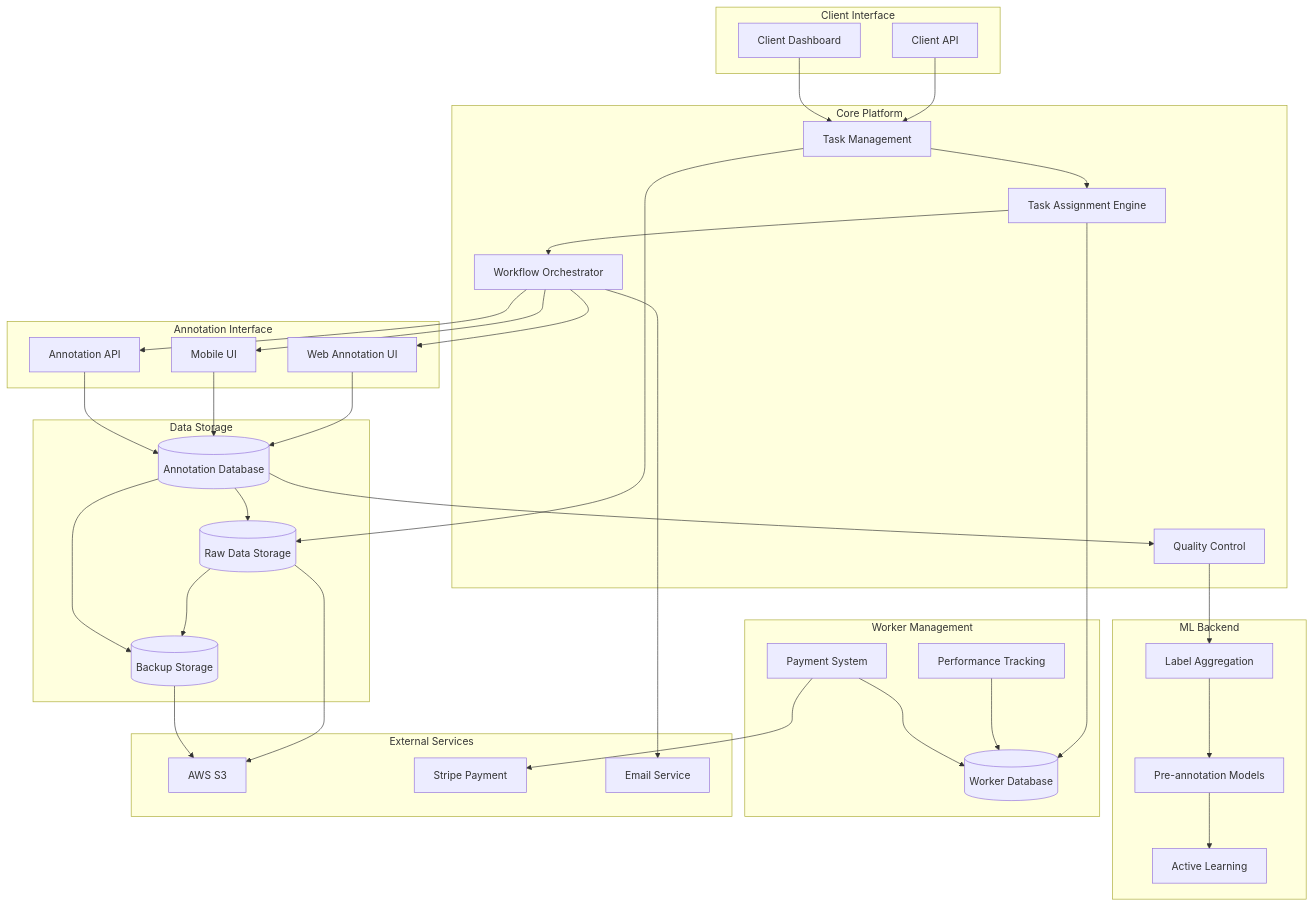
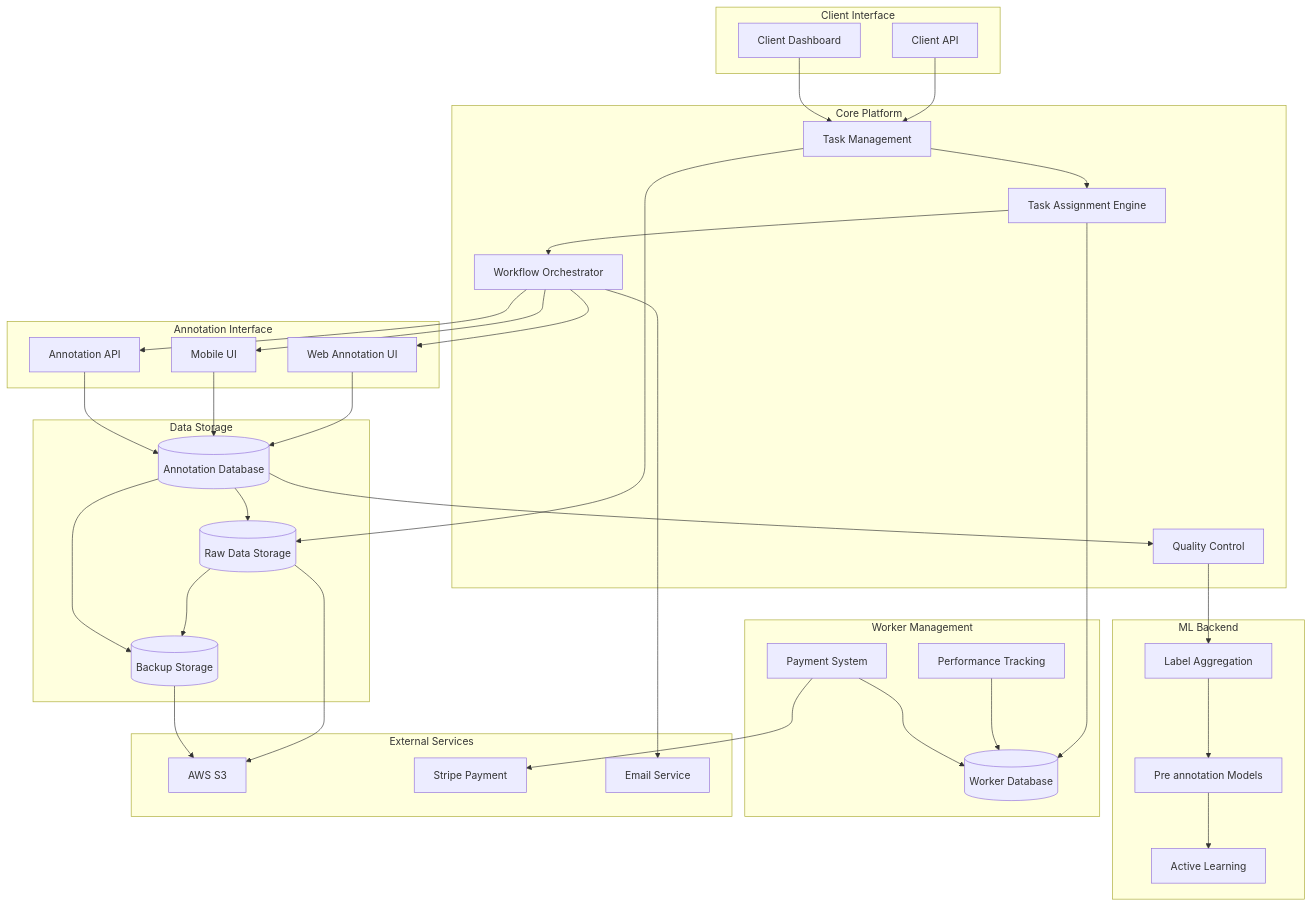
Before and after one commit to mikenguyen13/ai_in_action: the second of 2 diagrams in data_annotation.qmd, drawn with Mermaid. The commit also changed other lines of this file and 52 other files, not shown here.

Commit message:
Fix Mermaid rendering in 22 chapters: remove ampersands and br tags from node labels, move detail to tables

````diff
--- a/data_annotation.qmd
+++ b/data_annotation.qmd
@@ -4382,79 +4382,79 @@
 ```{mermaid}
 %%| label: fig-system-architecture
 %%| fig-cap: "Complete annotation platform architecture"
 
 graph TB
     subgraph "Client Interface"
-        ClientAPI[Client API]
-        ClientDash[Client Dashboard]
+        ClientAPI["Client API"]
+        ClientDash["Client Dashboard"]
     end
-    
+
     subgraph "Core Platform"
-        TaskMgmt[Task Management]
-        Assignment[Task Assignment Engine]
-        Workflow[Workflow Orchestrator]
-        Quality[Quality Control]
+        TaskMgmt["Task Management"]
+        Assignment["Task Assignment Engine"]
+        Workflow["Workflow Orchestrator"]
+        Quality["Quality Control"]
     end
-    
+
     subgraph "Annotation Interface"
-        WebUI[Web Annotation UI]
-        MobileUI[Mobile UI]
-        API[Annotation API]
+        WebUI["Web Annotation UI"]
+        MobileUI["Mobile UI"]
+        API["Annotation API"]
     end
-    
+
     subgraph "ML Backend"
-        PreAnnotation[Pre-annotation Models]
-        ActiveLearning[Active Learning]
-        Aggregation[Label Aggregation]
+        PreAnnotation["Pre annotation Models"]
+        ActiveLearning["Active Learning"]
+        Aggregation["Label Aggregation"]
     end
-    
+
     subgraph "Worker Management"
-        WorkerDB[(Worker Database)]
-        Performance[Performance Tracking]
-        Payment[Payment System]
+        WorkerDB[("Worker Database")]
+        Performance["Performance Tracking"]
+        Payment["Payment System"]
     end
-    
+
     subgraph "Data Storage"
-        RawData[(Raw Data Storage)]
-        Annotations[(Annotation Database)]
-        Backups[(Backup Storage)]
+        RawData[("Raw Data Storage")]
+        Annotations[("Annotation Database")]
+        Backups[("Backup Storage")]
     end
-    
+
     subgraph "External Services"
-        S3[AWS S3]
-        Stripe[Stripe Payment]
-        Email[Email Service]
+        S3["AWS S3"]
+        Stripe["Stripe Payment"]
+        Email["Email Service"]
     end
     
     ClientAPI --> TaskMgmt
     ClientDash --> TaskMgmt
     TaskMgmt --> Assignment
     Assignment --> Workflow
     Workflow --> WebUI
     Workflow --> MobileUI
     Workflow --> API
     
     WebUI --> Annotations
     MobileUI --> Annotations
     API --> Annotations
     
     Annotations --> Quality
     Quality --> Aggregation
     Aggregation --> PreAnnotation
     PreAnnotation --> ActiveLearning
     
     Assignment --> WorkerDB
     Performance --> WorkerDB
     Payment --> WorkerDB
     Payment --> Stripe
     
     TaskMgmt --> RawData
     Annotations --> RawData
     RawData --> Backups
     Annotations --> Backups
     
     RawData --> S3
     Backups --> S3
     
     Workflow --> Email
 ```
````
